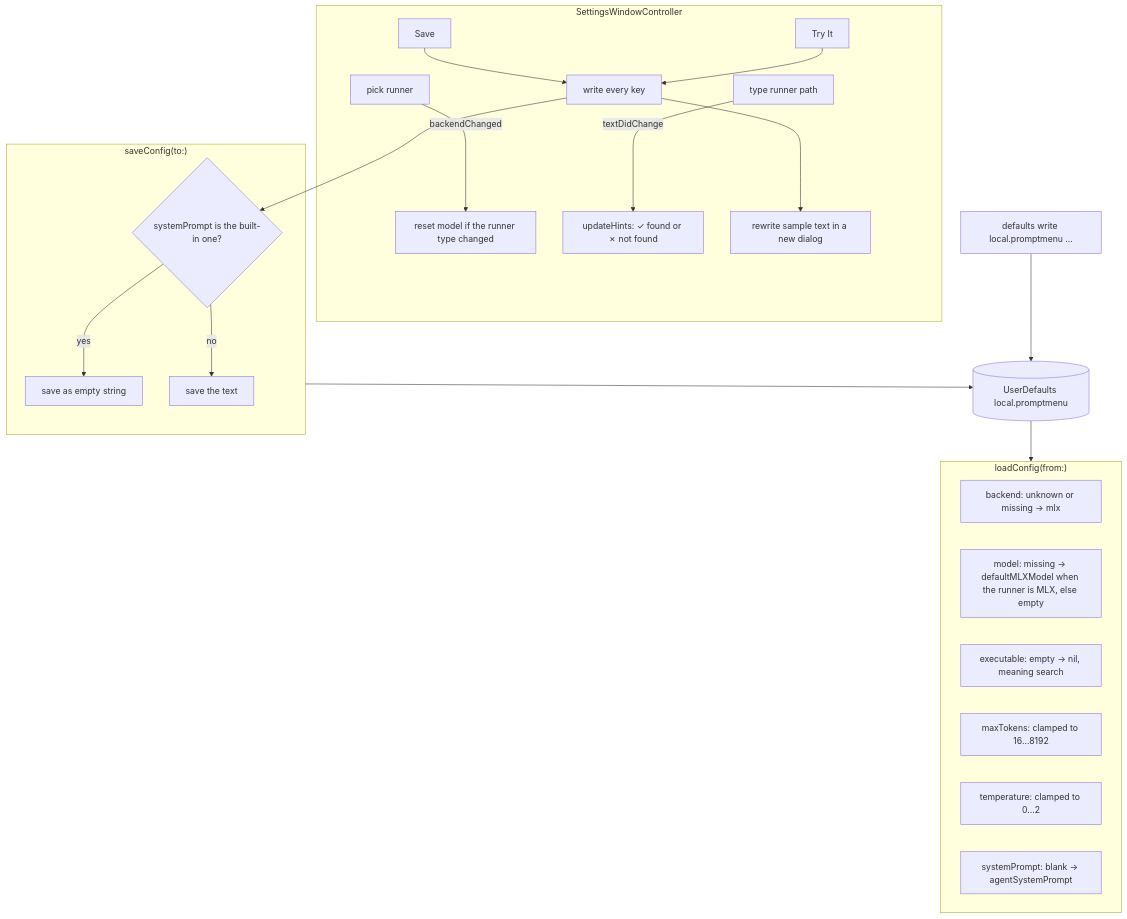
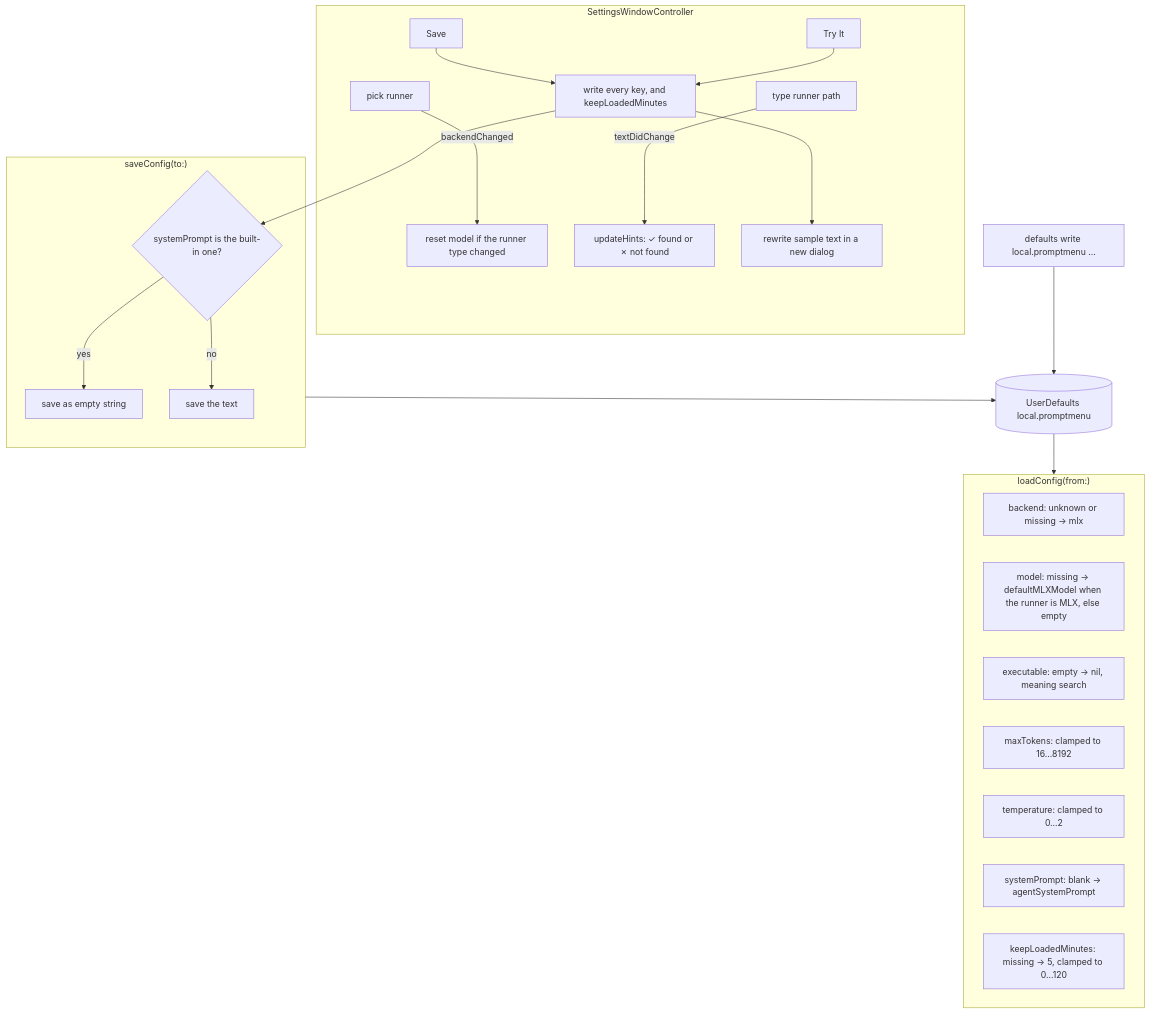
Before and after one commit to jdgiles26/prompt-menu: the ninth of 15 diagrams in docs/FLOW_MAPS.md, drawn with Mermaid. The commit also changed other lines of this file and 8 other files, not shown here.

````diff
--- a/docs/FLOW_MAPS.md
+++ b/docs/FLOW_MAPS.md
@@ -223,25 +233,26 @@
 ```mermaid
 flowchart TD
     subgraph Load["loadConfig(from:)"]
         L1[backend: unknown or missing → mlx]
         L2[model: missing → defaultMLXModel when the runner is MLX, else empty]
         L3[executable: empty → nil, meaning search]
         L4[maxTokens: clamped to 16…8192]
         L5[temperature: clamped to 0…2]
         L6[systemPrompt: blank → agentSystemPrompt]
+        L7[keepLoadedMinutes: missing → 5, clamped to 0…120]
     end
     subgraph Window["SettingsWindowController"]
         W1[pick runner] -->|backendChanged| W2[reset model if the runner type changed]
         W3[type runner path] -->|textDidChange| W4["updateHints: ✓ found or ✗ not found"]
         W5[Save] --> SV
         W6[Try It] --> SV --> T[rewrite sample text in a new dialog]
     end
     subgraph Save["saveConfig(to:)"]
-        SV[write every key] --> SP{systemPrompt is the built-in one?}
+        SV[write every key, and keepLoadedMinutes] --> SP{systemPrompt is the built-in one?}
         SP -- yes --> SP1[save as empty string]
         SP -- no --> SP2[save the text]
     end
     DEF[(UserDefaults local.promptmenu)] --> Load
     Save --> DEF
     CLI["defaults write local.promptmenu …"] --> DEF
 ```
````
